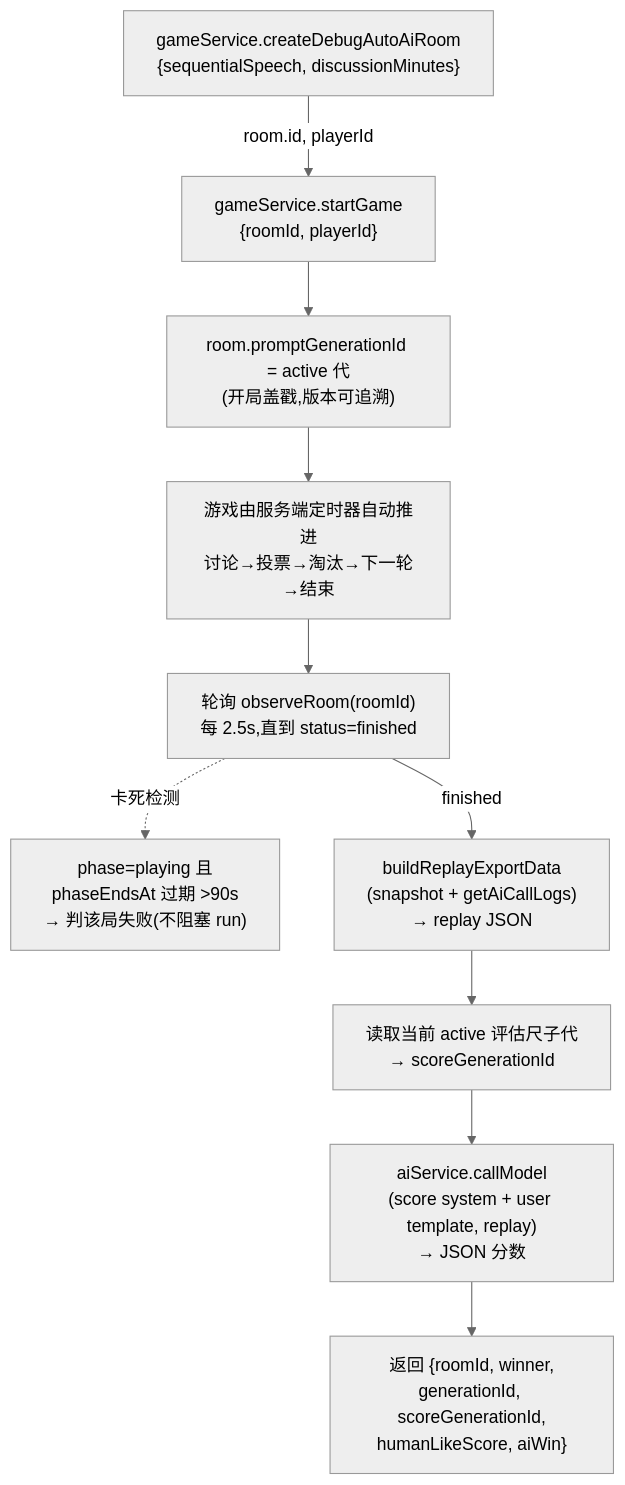
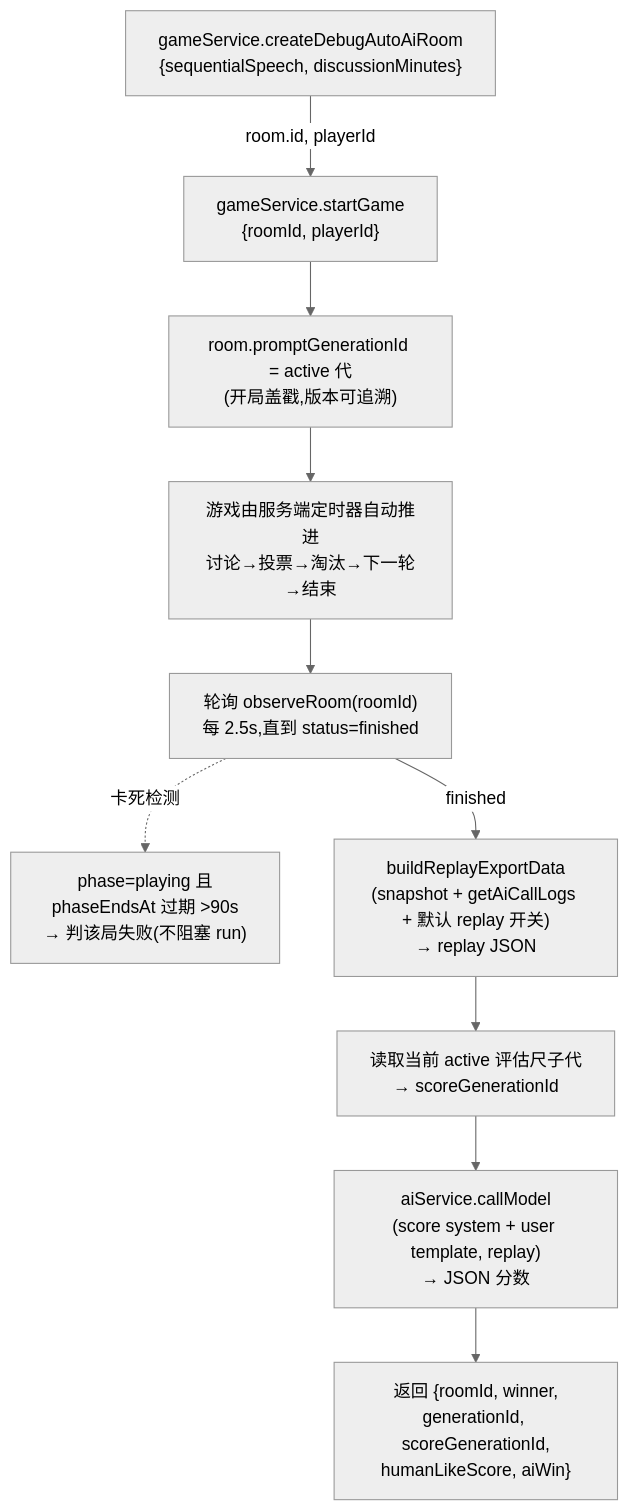
The fourth of 6 diagrams in docs/ai-iteration/AI-Prompt-Eval-Flow.md (zhoutaoz99/who-is-the-ai), drawn with Mermaid (neutral theme) before and after one commit. The commit also changed other lines of this file and 7 other files, not shown here.

````diff
--- a/docs/ai-iteration/AI-Prompt-Eval-Flow.md
+++ b/docs/ai-iteration/AI-Prompt-Eval-Flow.md
@@ -172,12 +172,12 @@
 ```mermaid
 flowchart TD
   C["gameService.createDebugAutoAiRoom<br/>{sequentialSpeech, discussionMinutes}"] -->|room.id, playerId| S["gameService.startGame<br/>{roomId, playerId}"]
   S --> STAMP["room.promptGenerationId = active 代<br/>(开局盖戳,版本可追溯)"]
   STAMP --> RUN["游戏由服务端定时器自动推进<br/>讨论→投票→淘汰→下一轮→结束"]
   RUN --> POLL["轮询 observeRoom(roomId)<br/>每 2.5s,直到 status=finished"]
   POLL -.卡死检测.-> STUCK["phase=playing 且<br/>phaseEndsAt 过期 >90s<br/>→ 判该局失败(不阻塞 run)"]
-  POLL -->|finished| EXP["buildReplayExportData<br/>(snapshot + getAiCallLogs)<br/>→ replay JSON"]
+  POLL -->|finished| EXP["buildReplayExportData<br/>(snapshot + getAiCallLogs + 默认 replay 开关)<br/>→ replay JSON"]
   EXP --> EVAL["读取当前 active 评估尺子代<br/>→ scoreGenerationId"]
   EVAL --> SC["aiService.callModel<br/>(score system + user template, replay)<br/>→ JSON 分数"]
   SC --> RES["返回 {roomId, winner,<br/>generationId, scoreGenerationId,<br/>humanLikeScore, aiWin}"]
 ```
````
